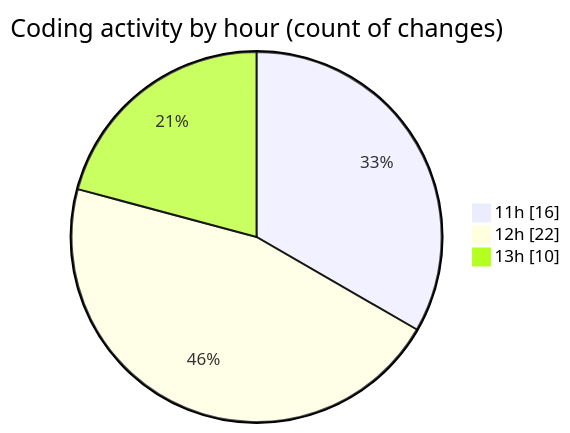
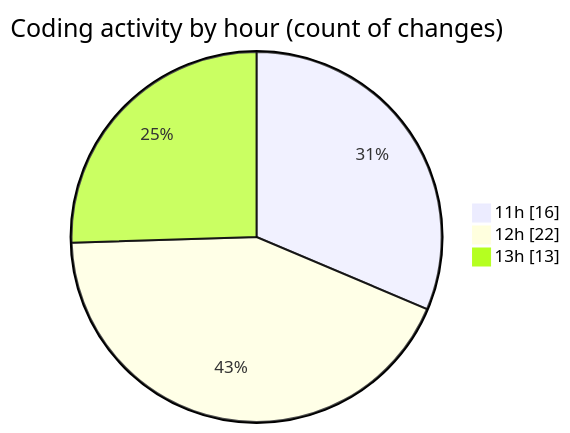
The second of 2 diagrams in 2025-03-25/wordle/README.md (donsfak/code-tracking), drawn with Mermaid before and after one commit. The commit also changed other lines of this file and 1 other file, not shown here.

````diff
--- a/2025-03-25/wordle/README.md
+++ b/2025-03-25/wordle/README.md
@@ -34,7 +34,7 @@
 ```mermaid
 pie showData
 title Coding activity by hour (count of changes)
 "11h" : 16
 "12h" : 22
-"13h" : 10
+"13h" : 13
 ```
````
